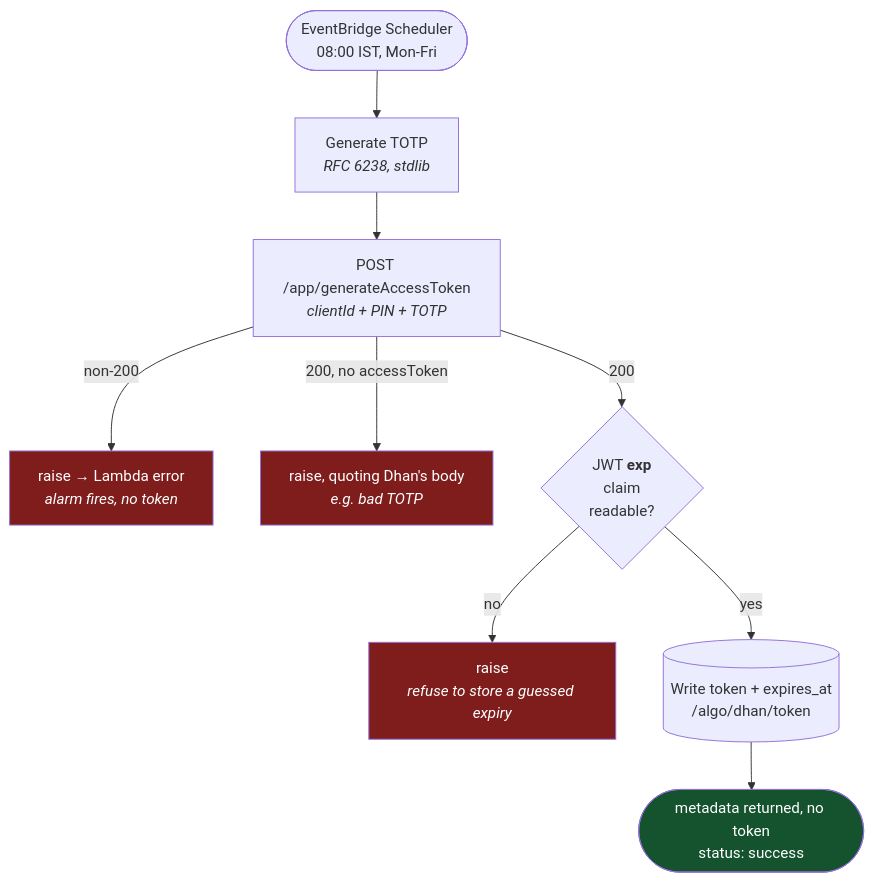
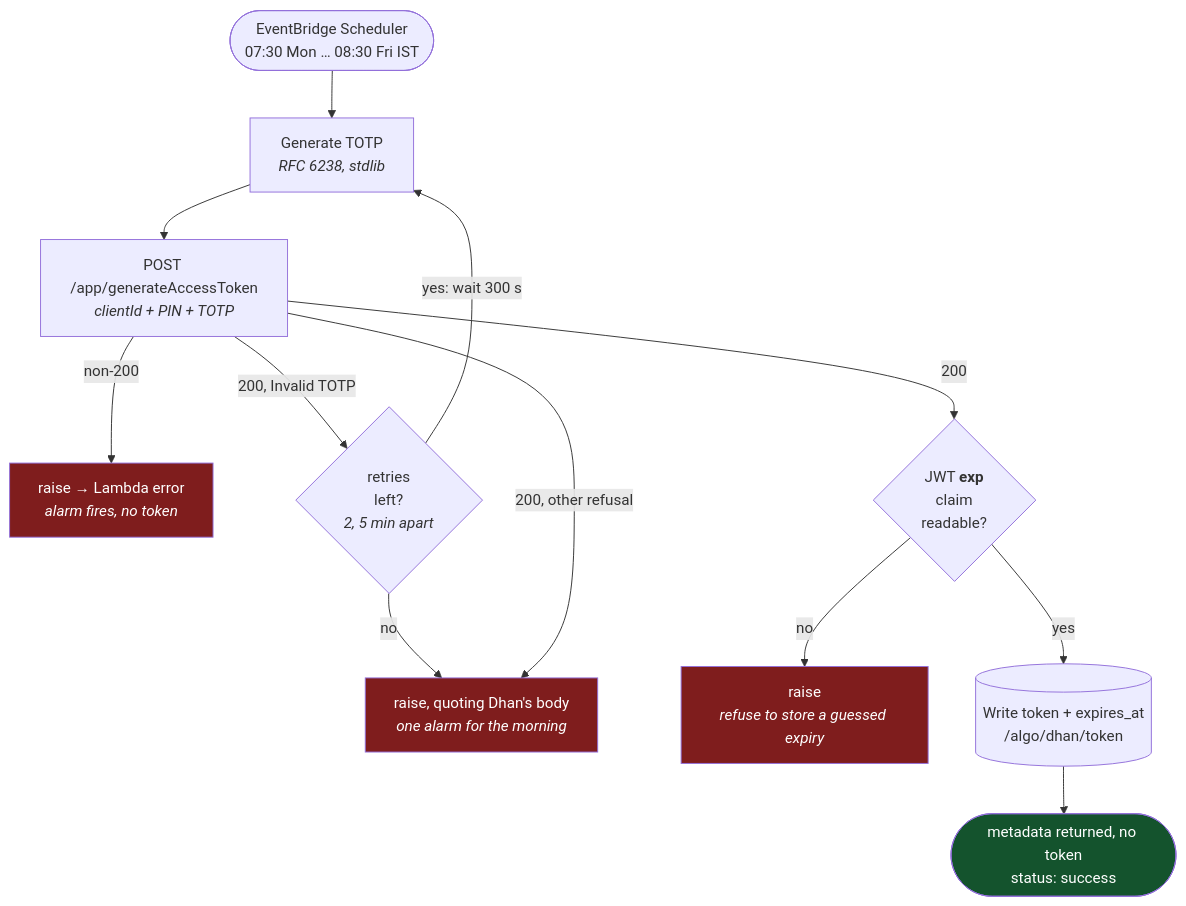
Before and after one commit to amar7585/aws-algo-claude: the third of 7 diagrams in docs/flow.md, drawn with Mermaid. The commit also changed other lines of this file and 6 other files, not shown here.

First line of the commit message:
auth-dhan-broker: weekday slots 07:30 Mon to 08:30 Fri, before the pre-open

````diff
--- a/docs/flow.md
+++ b/docs/flow.md
@@ -171,23 +177,26 @@
 ```mermaid
 flowchart TD
-    START(["EventBridge Scheduler<br/>08:00 IST, Mon-Fri"]) --> TOTP
+    START(["EventBridge Scheduler<br/>07:30 Mon … 08:30 Fri IST"]) --> TOTP
 
     TOTP["Generate TOTP<br/><i>RFC 6238, stdlib</i>"]
     TOTP --> GEN["POST /app/generateAccessToken<br/><i>clientId + PIN + TOTP</i>"]
 
     GEN -->|"non-200"| FAIL["raise → Lambda error<br/><i>alarm fires, no token</i>"]
-    GEN -->|"200, no accessToken"| FAIL2["raise, quoting Dhan's body<br/><i>e.g. bad TOTP</i>"]
+    GEN -->|"200, Invalid TOTP"| RETRY{"retries<br/>left?<br/><i>2, 5 min apart</i>"}
+    RETRY -->|"yes: wait 300 s"| TOTP
+    RETRY -->|no| FAIL2["raise, quoting Dhan's body<br/><i>one alarm for the morning</i>"]
+    GEN -->|"200, other refusal"| FAIL2
     GEN -->|200| EXP
 
     EXP{"JWT <b>exp</b><br/>claim<br/>readable?"}
     EXP -->|no| FAILEXP["raise<br/><i>refuse to store a guessed expiry</i>"]
     EXP -->|yes| WRITE
 
     WRITE[("Write token + expires_at<br/>/algo/dhan/token")]
     WRITE --> DONE(["metadata returned, no token<br/>status: success"])
 
     style FAIL fill:#7f1d1d,color:#fff
     style FAIL2 fill:#7f1d1d,color:#fff
     style FAILEXP fill:#7f1d1d,color:#fff
     style DONE fill:#14532d,color:#fff
 ```
````
